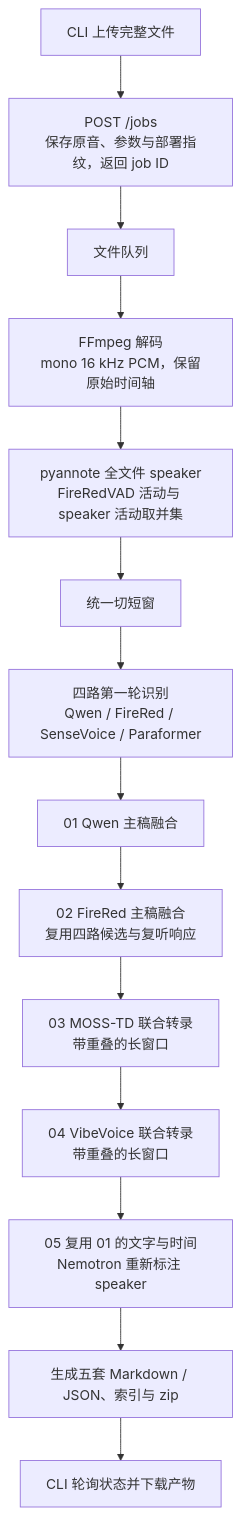
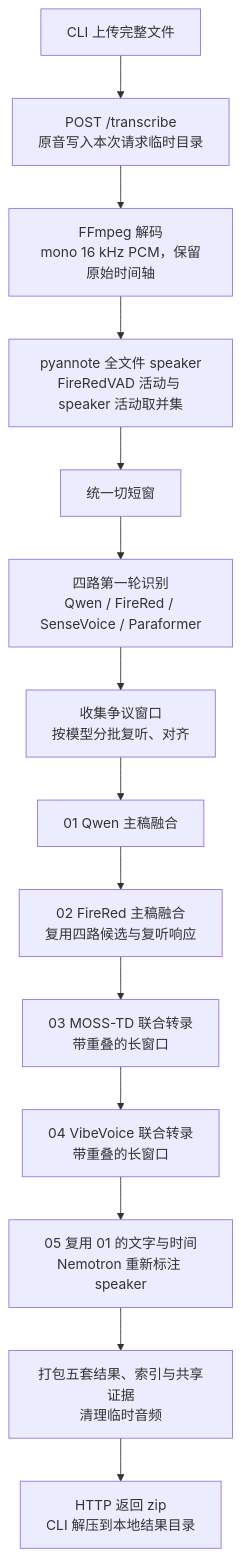
Before and after one commit to curoky/codespace: the third of 5 diagrams in platform/container/services/asr/DESIGN.md, drawn with Mermaid. The commit also changed other lines of this file and 65 other files, not shown here.

````diff
--- a/platform/container/services/asr/DESIGN.md
+++ b/platform/container/services/asr/DESIGN.md
@@ -141,16 +143,16 @@
 ```mermaid
 flowchart TD
-    C[CLI 上传完整文件] --> U[POST /jobs<br/>保存原音、参数与部署指纹，返回 job ID]
-    U --> Q[文件队列]
-    Q --> F[FFmpeg 解码<br/>mono 16 kHz PCM，保留原始时间轴]
+    C[CLI 上传完整文件] --> U[POST /transcribe<br/>原音写入本次请求临时目录]
+    U --> F[FFmpeg 解码<br/>mono 16 kHz PCM，保留原始时间轴]
     F --> P[pyannote 全文件 speaker<br/>FireRedVAD 活动与 speaker 活动取并集]
     P --> W[统一切短窗]
     W --> A[四路第一轮识别<br/>Qwen / FireRed / SenseVoice / Paraformer]
-    A --> R1[01 Qwen 主稿融合]
+    A --> R[收集争议窗口<br/>按模型分批复听、对齐]
+    R --> R1[01 Qwen 主稿融合]
     R1 --> R2[02 FireRed 主稿融合<br/>复用四路候选与复听响应]
     R2 --> R3[03 MOSS-TD 联合转录<br/>带重叠的长窗口]
     R3 --> R4[04 VibeVoice 联合转录<br/>带重叠的长窗口]
     R4 --> R5[05 复用 01 的文字与时间<br/>Nemotron 重新标注 speaker]
-    R5 --> O[生成五套 Markdown / JSON、索引与 zip]
-    O --> D[CLI 轮询状态并下载产物]
+    R5 --> O[打包五套结果、索引与共享证据<br/>清理临时音频]
+    O --> D[HTTP 返回 zip<br/>CLI 解压到本地结果目录]
 ```
````
